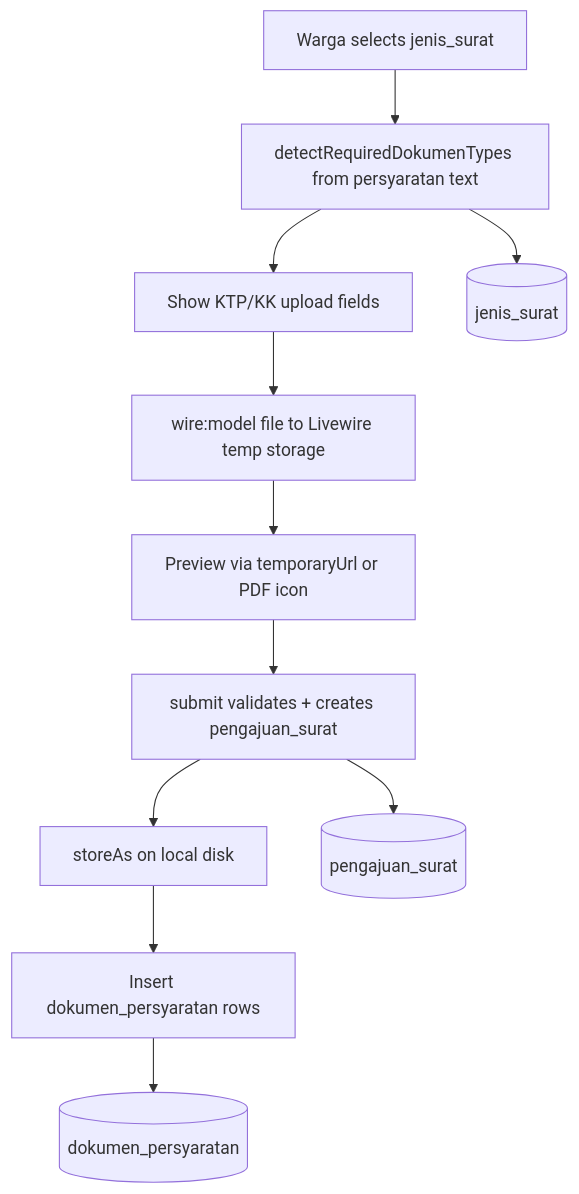
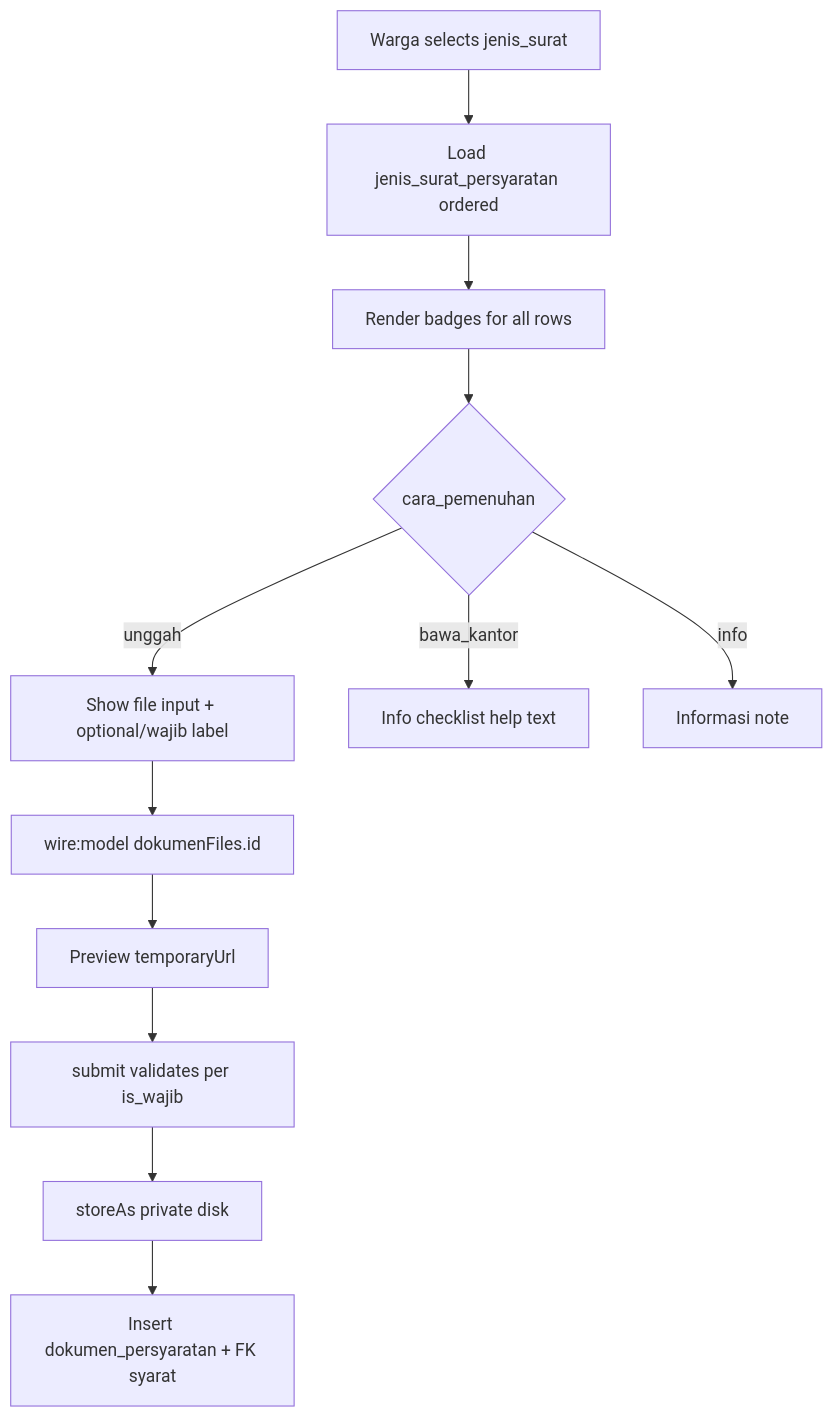
One commit to ZulfikarHD/sistem-desa changed the first of 2 diagrams in docs/dev-docs/features/pengajuan-surat-dokumen.md. Above: the diagram before and after it, drawn with Mermaid. The commit also changed other lines of this file and 30 other files, not shown here.

First line of the commit message:
feat(pengajuan): form warga mengikuti persyaratan terstruktur (US-9.3)

````diff
--- a/docs/dev-docs/features/pengajuan-surat-dokumen.md
+++ b/docs/dev-docs/features/pengajuan-surat-dokumen.md
@@ -11,13 +11,14 @@
 ```mermaid
 flowchart TD
-    A[Warga selects jenis_surat] --> B[detectRequiredDokumenTypes from persyaratan text]
-    B --> C[Show KTP/KK upload fields]
-    C --> D[wire:model file to Livewire temp storage]
-    D --> E[Preview via temporaryUrl or PDF icon]
-    E --> F[submit validates + creates pengajuan_surat]
-    F --> G[storeAs on local disk]
-    G --> H[Insert dokumen_persyaratan rows]
-    B --> I[(jenis_surat)]
-    F --> J[(pengajuan_surat)]
-    H --> K[(dokumen_persyaratan)]
+    A[Warga selects jenis_surat] --> B[Load jenis_surat_persyaratan ordered]
+    B --> C[Render badges for all rows]
+    C --> D{cara_pemenuhan}
+    D -->|unggah| E[Show file input + optional/wajib label]
+    D -->|bawa_kantor| F[Info checklist help text]
+    D -->|info| G[Informasi note]
+    E --> H[wire:model dokumenFiles.id]
+    H --> I[Preview temporaryUrl]
+    I --> J[submit validates per is_wajib]
+    J --> K[storeAs private disk]
+    K --> L[Insert dokumen_persyaratan + FK syarat]
 ```
````
